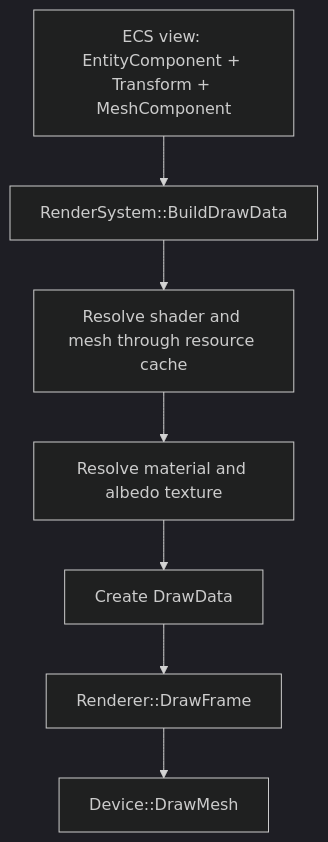
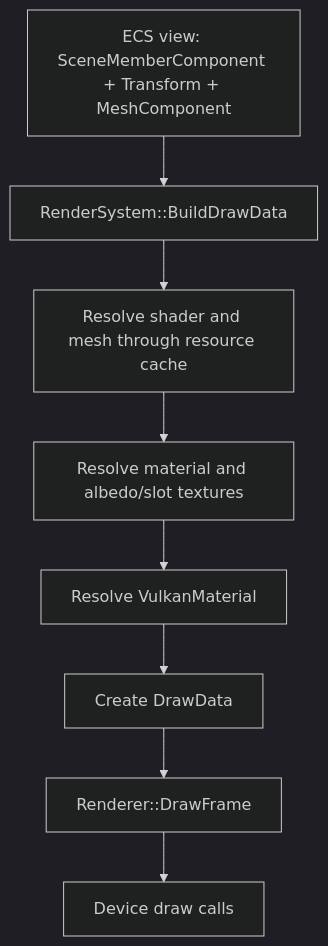
The second of 2 diagrams in docs/renderer-and-resource-ownership.md (varigeri92/GenesisEngine2026), drawn with Mermaid (dark theme) before and after one commit. The commit also changed other lines of this file and 12 other files, not shown here.

````diff
--- a/docs/renderer-and-resource-ownership.md
+++ b/docs/renderer-and-resource-ownership.md
@@ -107,9 +119,10 @@
 ```mermaid
 flowchart TD
-    A["ECS view: EntityComponent + Transform + MeshComponent"] --> B["RenderSystem::BuildDrawData"]
+    A["ECS view: SceneMemberComponent + Transform + MeshComponent"] --> B["RenderSystem::BuildDrawData"]
     B --> C["Resolve shader and mesh through resource cache"]
-    C --> D["Resolve material and albedo texture"]
-    D --> E["Create DrawData"]
-    E --> F["Renderer::DrawFrame"]
-    F --> G["Device::DrawMesh"]
+    C --> D["Resolve material and albedo/slot textures"]
+    D --> E["Resolve VulkanMaterial"]
+    E --> F["Create DrawData"]
+    F --> G["Renderer::DrawFrame"]
+    G --> H["Device draw calls"]
 ```
````
